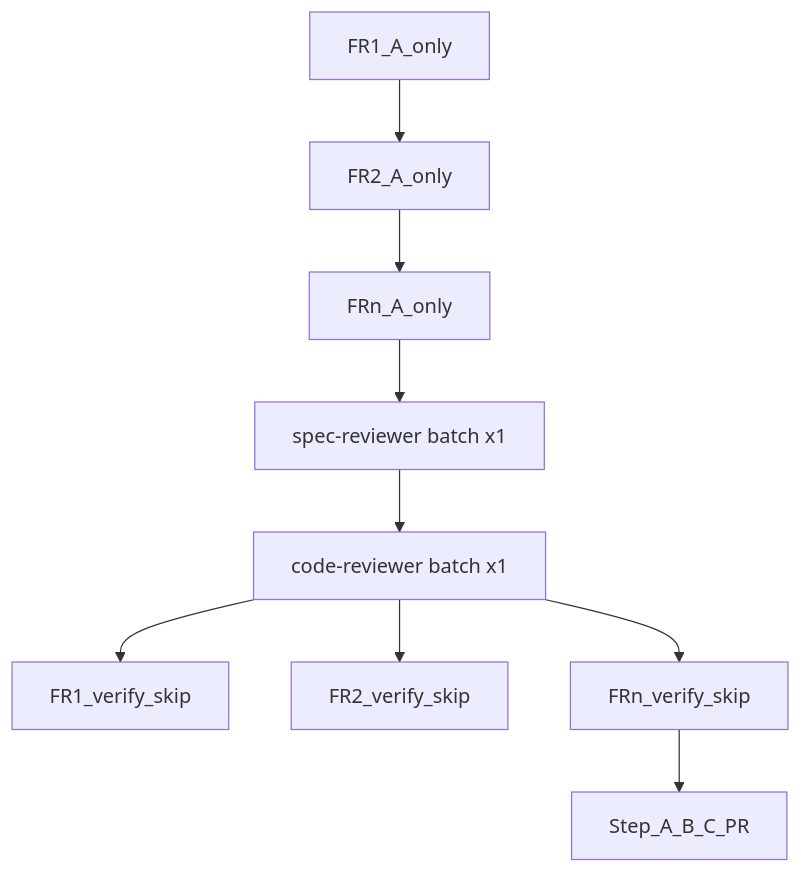
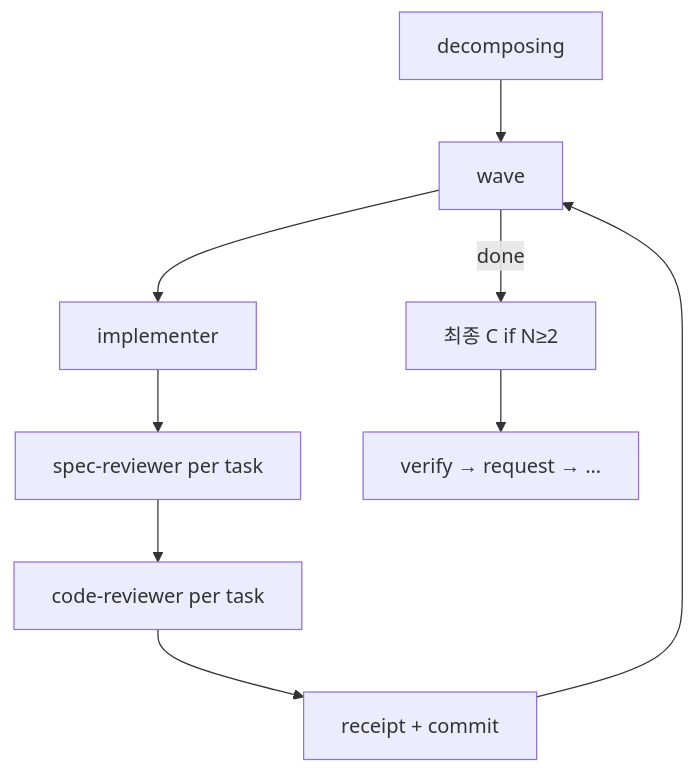
One commit to andyko18/specops-ko changed the second of 2 diagrams in docs/lifecycle-start-end-loaded.md. Above: the diagram before and after it, drawn with Mermaid. The commit also changed other lines of this file and 12 other files, not shown here.

````diff
--- a/docs/lifecycle-start-end-loaded.md
+++ b/docs/lifecycle-start-end-loaded.md
@@ -27,13 +26,11 @@
 ```mermaid
 flowchart TD
-  a1[FR1_A_only]
-  a2[FR2_A_only]
-  an[FRn_A_only]
-  a1 --> a2 --> an
-  an --> B["spec-reviewer batch x1"]
-  B --> C["code-reviewer batch x1"]
-  C --> v1[FR1_verify_skip]
-  C --> v2[FR2_verify_skip]
-  C --> vn[FRn_verify_skip]
-  vn --> bat[Step_A_B_C_PR]
+  D[decomposing] --> W[wave]
+  W --> A[implementer]
+  A --> B[spec-reviewer per task]
+  B --> C[code-reviewer per task]
+  C --> R[receipt + commit]
+  R --> W
+  W -->|done| F[최종 C if N≥2]
+  F --> V[verify → request → …]
 ```
````
